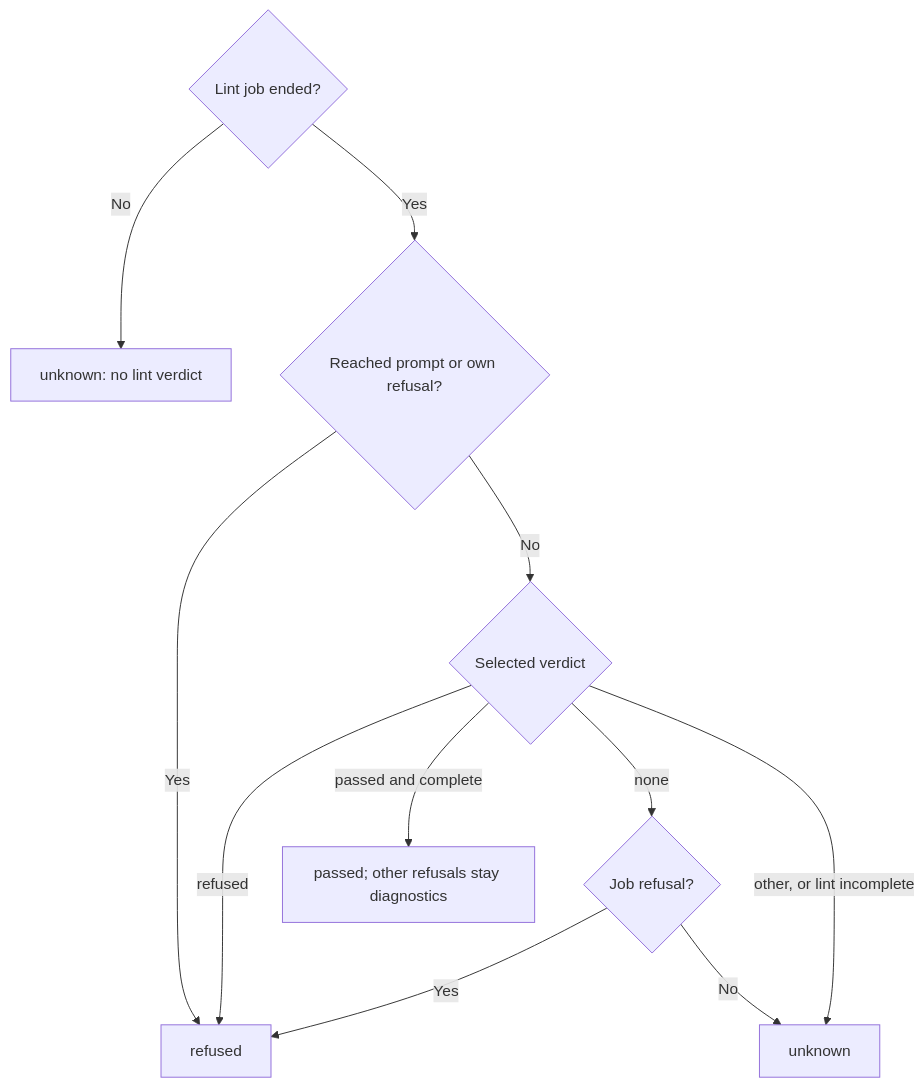
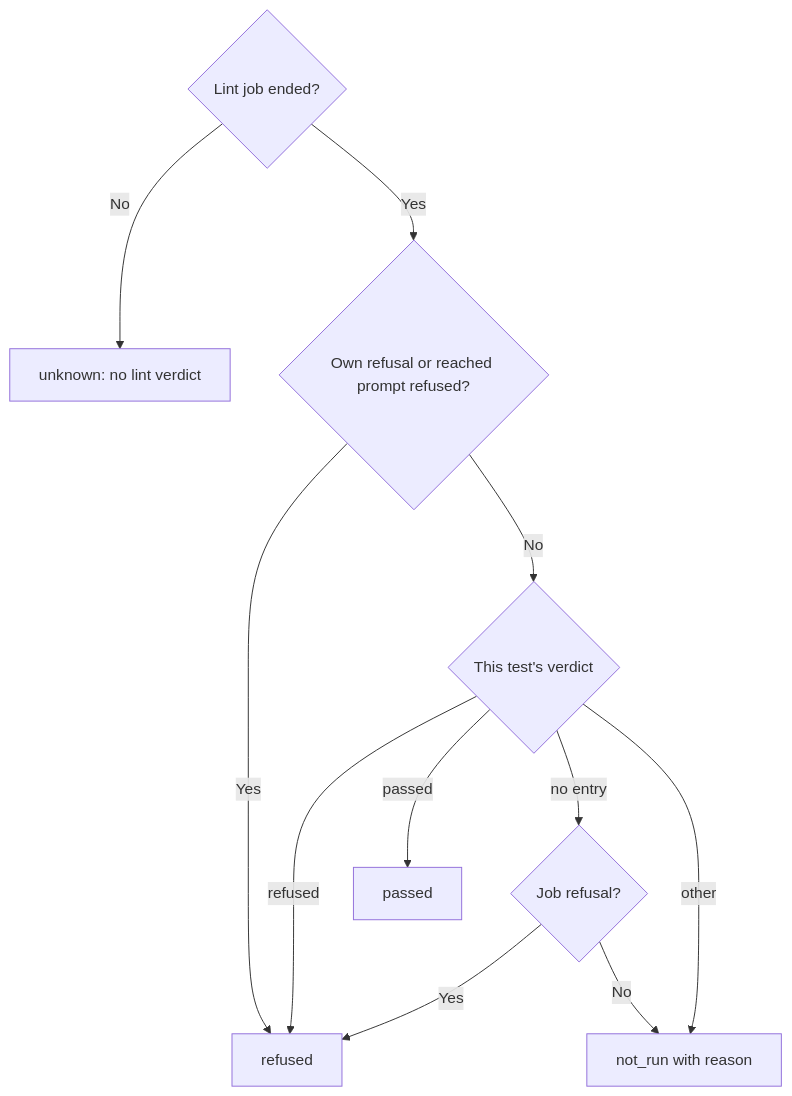
The diagram in prompts/cli/runtime-outcome.prompt.md (promptdriven/pdd), drawn with Mermaid before and after one commit. The commit also changed other lines of this file and 5 other files, not shown here.

First line of the commit message:
Own lint evidence per test; ended lints are final (#2556)

````diff
--- a/prompts/cli/runtime-outcome.prompt.md
+++ b/prompts/cli/runtime-outcome.prompt.md
@@ -43,13 +47,13 @@
 ```mermaid
 flowchart TD
-    A{Lint job ended?} -->|No| U1[unknown: no lint verdict]
-    A -->|Yes| R{Reached prompt or own refusal?}
+    A{Lint job ended?} -->|No| U[unknown: no lint verdict]
+    A -->|Yes| R{Own refusal or reached prompt refused?}
     R -->|Yes| F[refused]
-    R -->|No| V{Selected verdict}
+    R -->|No| V{This test's verdict}
     V -->|refused| F
-    V -->|passed and complete| P[passed; other refusals stay diagnostics]
-    V -->|none| J{Job refusal?}
+    V -->|passed| P[passed]
+    V -->|no entry| J{Job refusal?}
     J -->|Yes| F
-    J -->|No| U2[unknown]
-    V -->|other, or lint incomplete| U2
+    J -->|No| N[not_run with reason]
+    V -->|other| N
 ```
````
